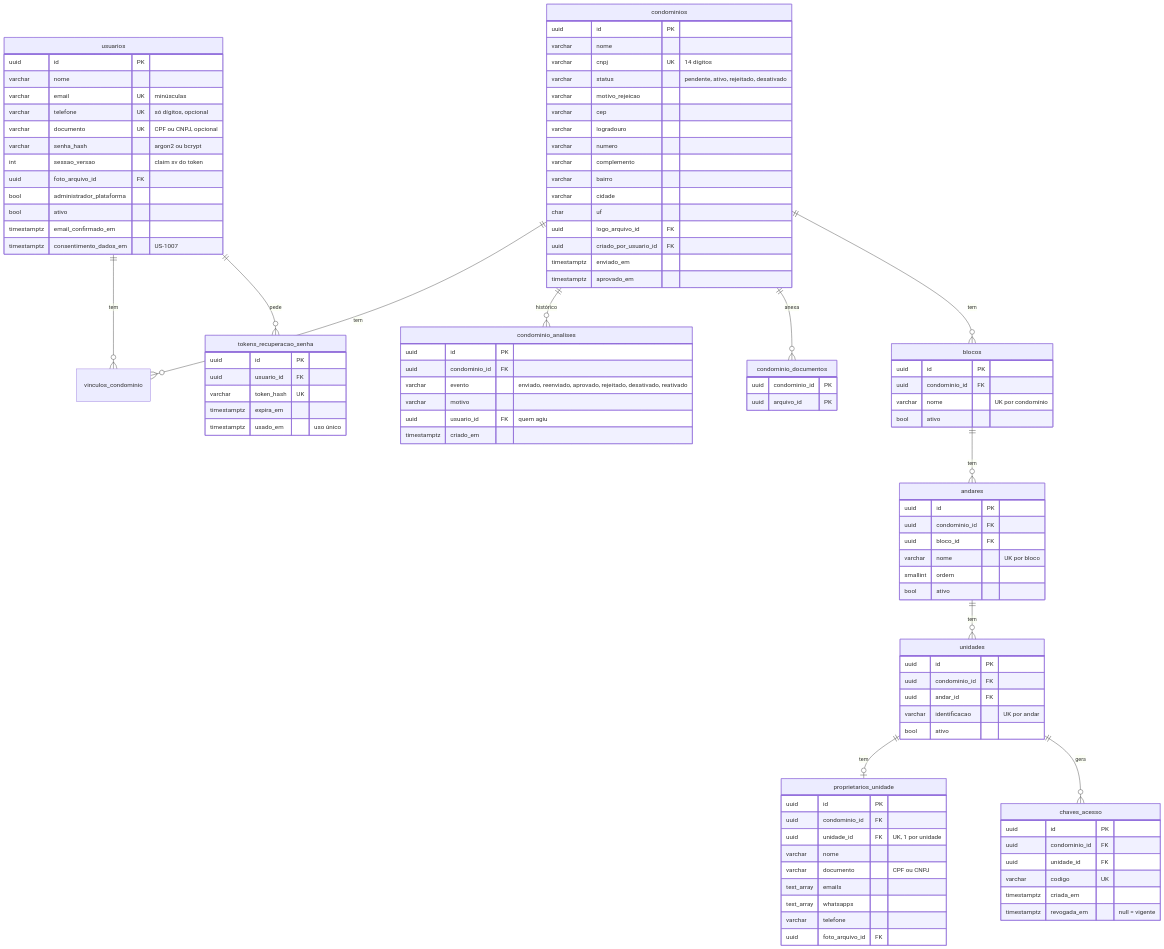
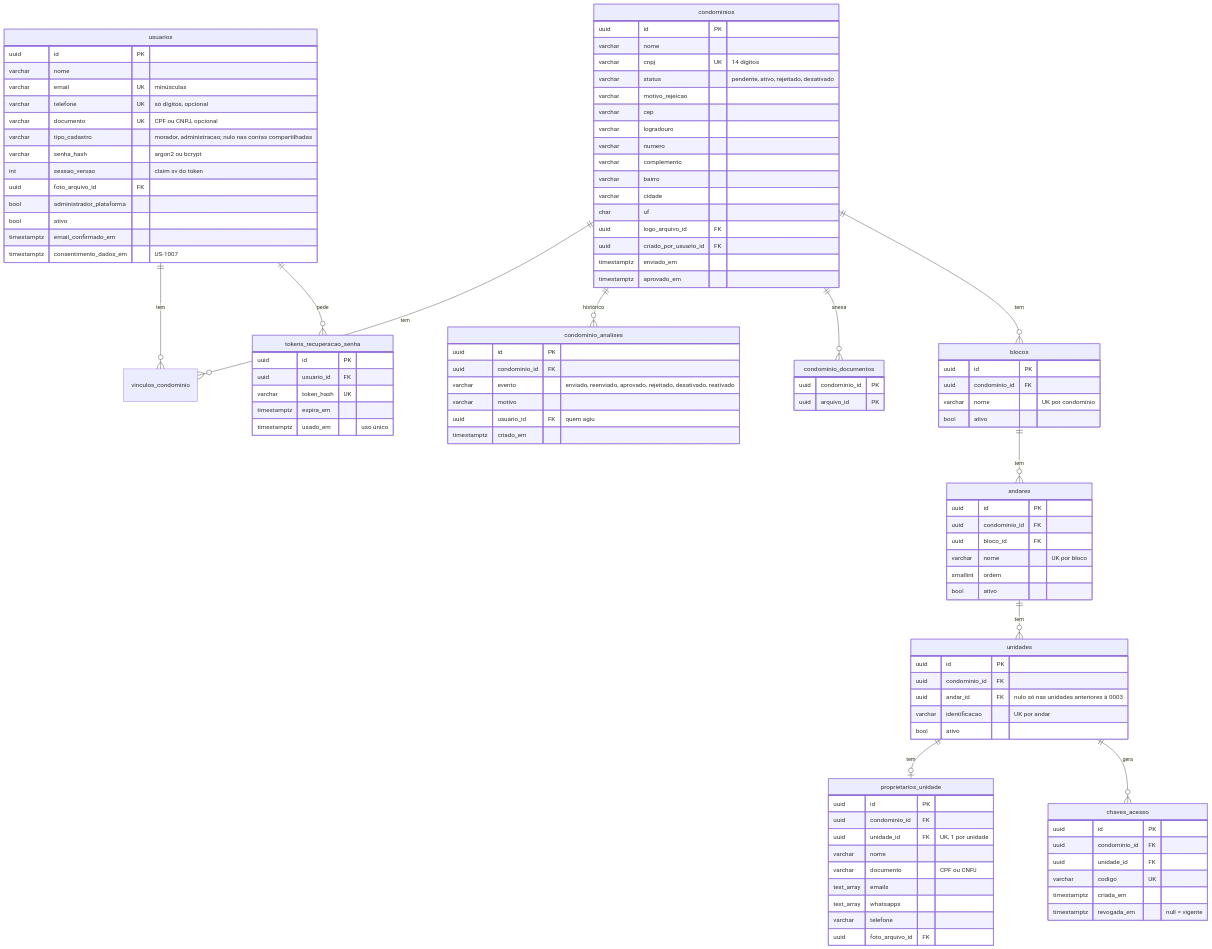
One commit to Eduardocin/sistema-gestao-condominios changed the first of 5 diagrams in docs/modelo-de-dados.md. Above: the diagram before and after it, drawn with Mermaid. The commit also changed other lines of this file and 37 other files, not shown here.

```diff
--- a/docs/modelo-de-dados.md
+++ b/docs/modelo-de-dados.md
@@ -58,6 +58,7 @@
         varchar email UK "minúsculas"
         varchar telefone UK "só dígitos, opcional"
         varchar documento UK "CPF ou CNPJ, opcional"
+        varchar tipo_cadastro "morador, administracao; nulo nas contas compartilhadas"
         varchar senha_hash "argon2 ou bcrypt"
         int sessao_versao "claim sv do token"
         uuid foto_arquivo_id FK
@@ -120,7 +121,7 @@
     unidades {
         uuid id PK
         uuid condominio_id FK
-        uuid andar_id FK
+        uuid andar_id FK "nulo só nas unidades anteriores à 0003"
         varchar identificacao "UK por andar"
         bool ativo
     }
```
